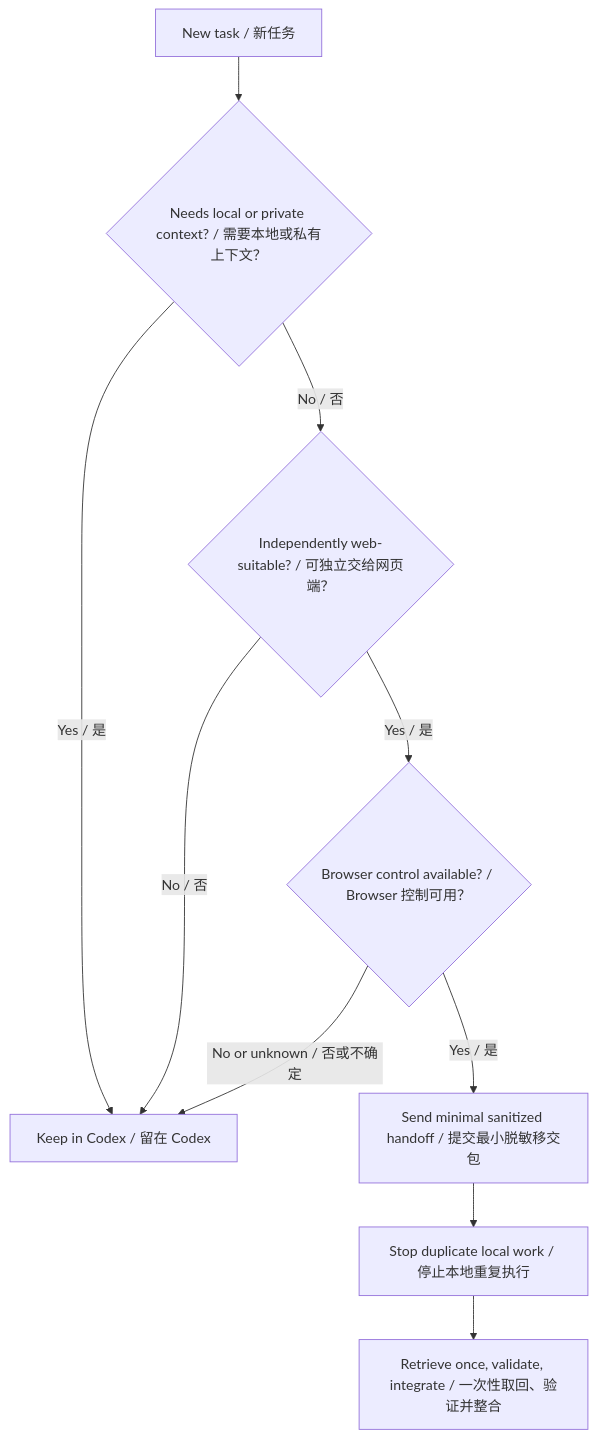
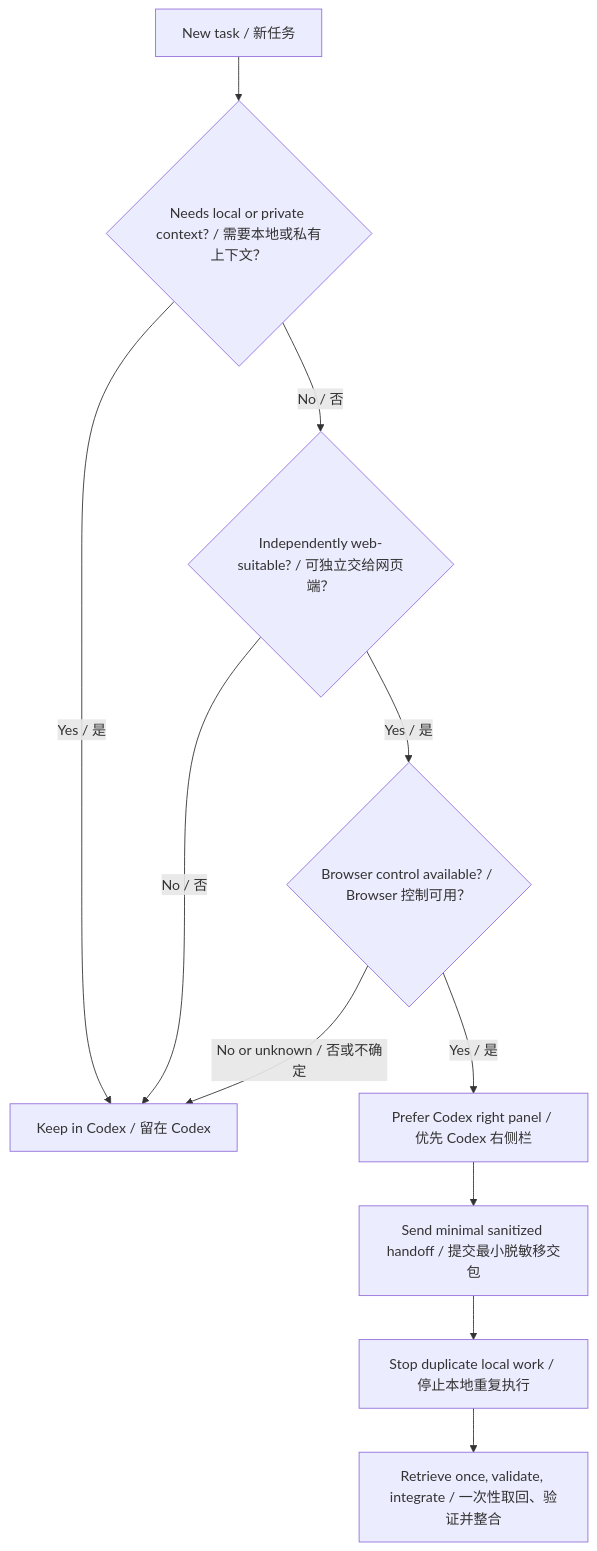
One commit to fuguang-AI/codex-chatgpt-routing-template changed the diagram in README.md. Above: the diagram before and after it, drawn with Mermaid. The commit also changed other lines of this file and 1 other file, not shown here.

First line of the commit message:
Prefer ChatGPT in the Codex right panel

````diff
--- a/README.md
+++ b/README.md
@@ -18,12 +18,13 @@
 ```mermaid
 flowchart TD
     A["New task / 新任务"] --> B{"Needs local or private context? / 需要本地或私有上下文？"}
     B -- "Yes / 是" --> C["Keep in Codex / 留在 Codex"]
     B -- "No / 否" --> D{"Independently web-suitable? / 可独立交给网页端？"}
     D -- "No / 否" --> C
     D -- "Yes / 是" --> E{"Browser control available? / Browser 控制可用？"}
     E -- "No or unknown / 否或不确定" --> C
-    E -- "Yes / 是" --> F["Send minimal sanitized handoff / 提交最小脱敏移交包"]
-    F --> G["Stop duplicate local work / 停止本地重复执行"]
-    G --> H["Retrieve once, validate, integrate / 一次性取回、验证并整合"]
+    E -- "Yes / 是" --> F["Prefer Codex right panel / 优先 Codex 右侧栏"]
+    F --> G["Send minimal sanitized handoff / 提交最小脱敏移交包"]
+    G --> H["Stop duplicate local work / 停止本地重复执行"]
+    H --> I["Retrieve once, validate, integrate / 一次性取回、验证并整合"]
 ```
````
